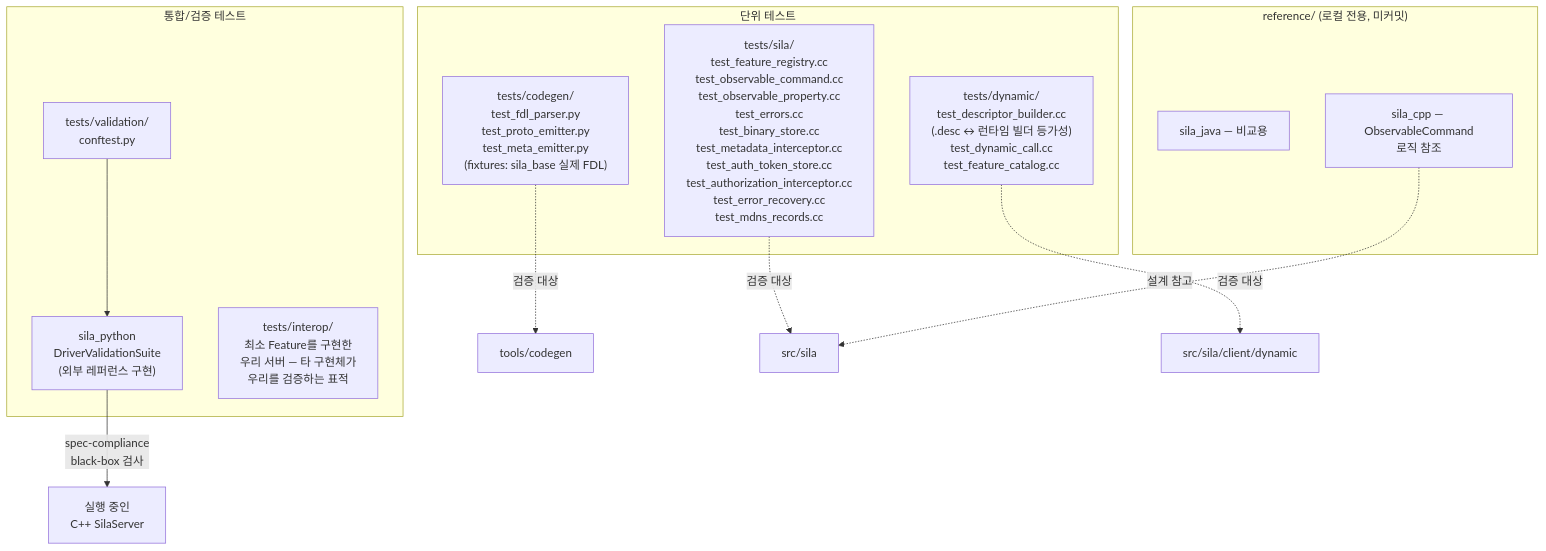
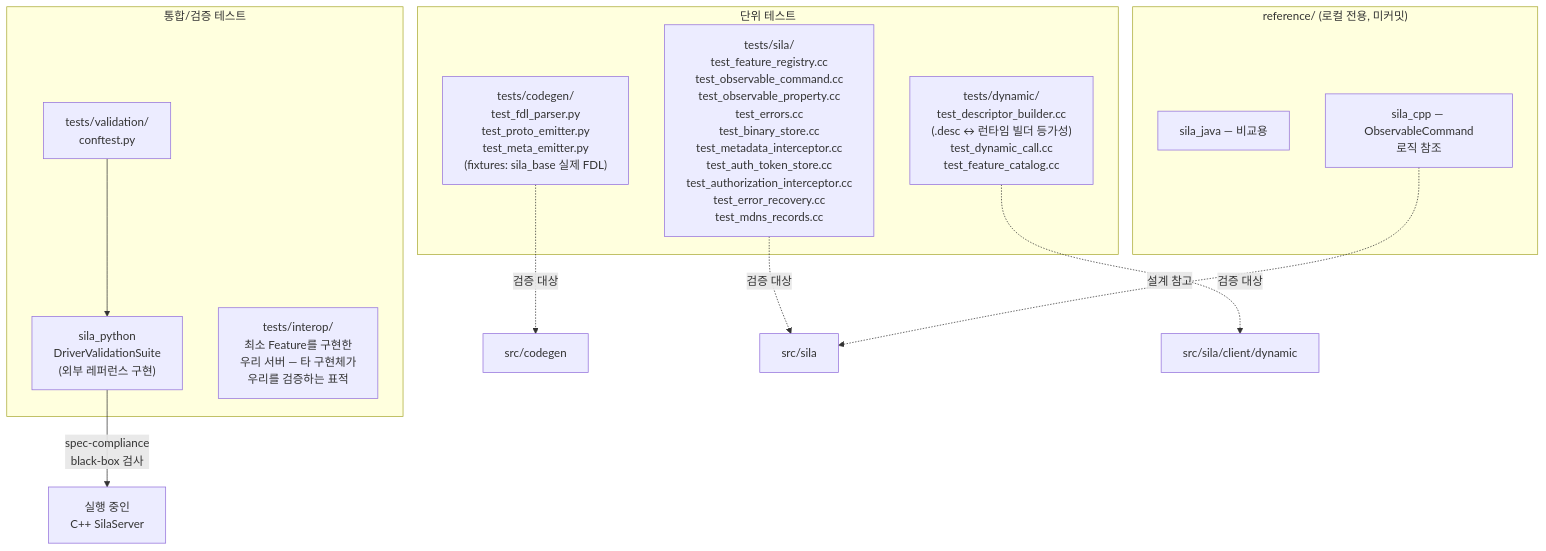
Diagram 13 of 13 in reference/architecture.md (Yeounui/sila_cpp_r), drawn with Mermaid before and after one commit. The commit also changed other lines of this file and 10 other files, not shown here.

First line of the commit message:
Split server/ into server+command+property, extract config/, move codegen to src/

````diff
--- a/reference/architecture.md
+++ b/reference/architecture.md
@@ -722,26 +722,26 @@
 ```mermaid
 flowchart TB
     subgraph unit["단위 테스트"]
         T1["tests/codegen/<br/>test_fdl_parser.py<br/>test_proto_emitter.py<br/>test_meta_emitter.py<br/>(fixtures: sila_base 실제 FDL)"]
         T2["tests/sila/<br/>test_feature_registry.cc<br/>test_observable_command.cc<br/>test_observable_property.cc<br/>test_errors.cc<br/>test_binary_store.cc<br/>test_metadata_interceptor.cc<br/>test_auth_token_store.cc<br/>test_authorization_interceptor.cc<br/>test_error_recovery.cc<br/>test_mdns_records.cc"]
         T5["tests/dynamic/<br/>test_descriptor_builder.cc<br/>(.desc ↔ 런타임 빌더 등가성)<br/>test_dynamic_call.cc<br/>test_feature_catalog.cc"]
     end
 
     subgraph validation["통합/검증 테스트"]
         T3["tests/validation/<br/>conftest.py"]
         SilaPython["sila_python<br/>DriverValidationSuite<br/>(외부 레퍼런스 구현)"]
         T4["tests/interop/<br/>최소 Feature를 구현한<br/>우리 서버 — 타 구현체가<br/>우리를 검증하는 표적"]
     end
 
     subgraph refs["reference/ (로컬 전용, 미커밋)"]
         R1["sila_java — 비교용"]
         R2["sila_cpp — ObservableCommand<br/>로직 참조"]
     end
 
-    T1 -.검증 대상.-> Codegen2["tools/codegen"]
+    T1 -.검증 대상.-> Codegen2["src/codegen"]
     T2 -.검증 대상.-> Core["src/sila"]
     T5 -.검증 대상.-> Dyn2["src/sila/client/dynamic"]
     T3 --> SilaPython
     SilaPython -- "spec-compliance<br/>black-box 검사" --> RunningServer["실행 중인<br/>C++ SilaServer"]
     R2 -.설계 참고.-> Core
 ```
````
